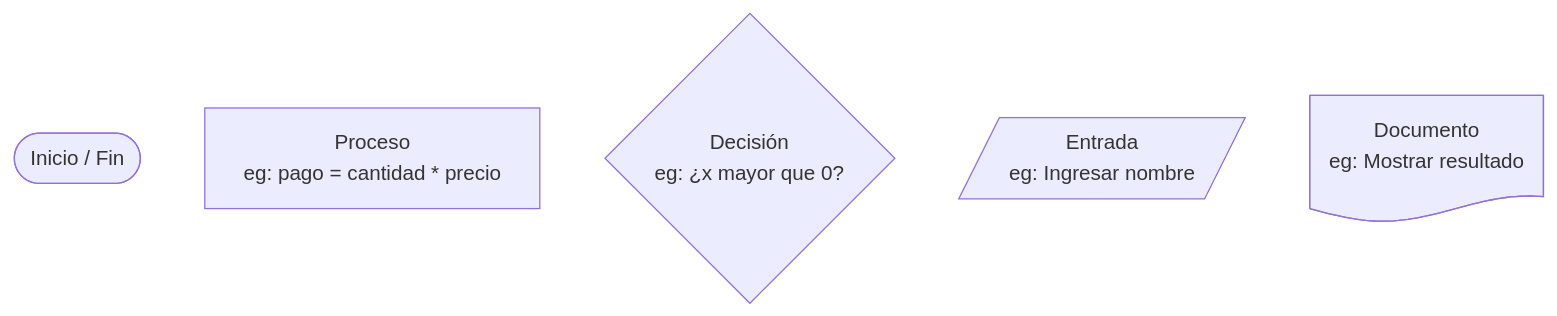
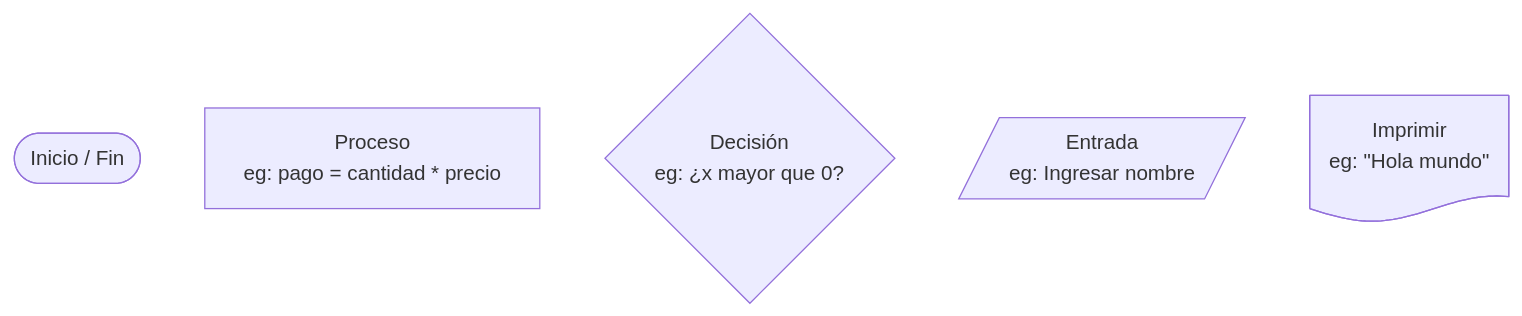
Before and after one commit to BenjaminSerrano/principios-programacion: the first of 10 diagrams in docs/core/introduction/flowcharts.md, drawn with Mermaid. The commit also changed other lines of this file and 1 other file, not shown here.

First line of the commit message:
Corregir diagramas de flujo: símbolos y operadores

````diff
--- a/docs/core/introduction/flowcharts.md
+++ b/docs/core/introduction/flowcharts.md
@@ -78,8 +78,8 @@
 ``` mermaid
 flowchart TD
     A([Inicio / Fin])
     B[Proceso\neg: pago = cantidad * precio]
     C{Decisión\neg: ¿x mayor que 0?}
     D[/Entrada\neg: Ingresar nombre/]
-    E@{ shape: doc, label: "Documento\neg: Mostrar resultado" }
+    E@{ shape: doc, label: "Imprimir\neg: \"Hola mundo\"" }
 ```
````
